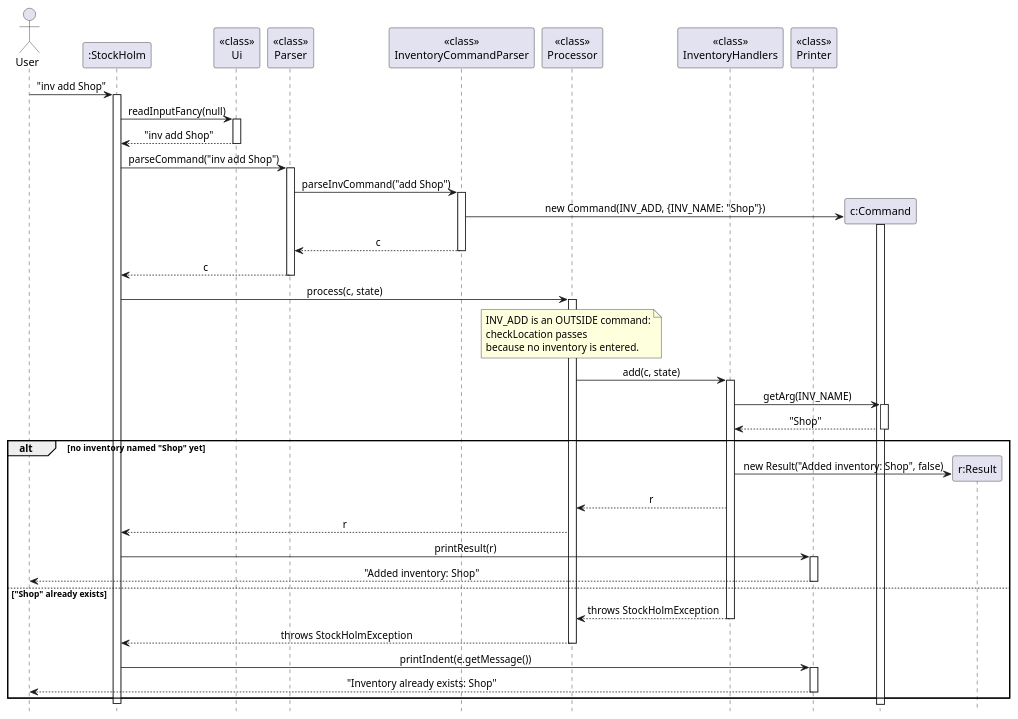
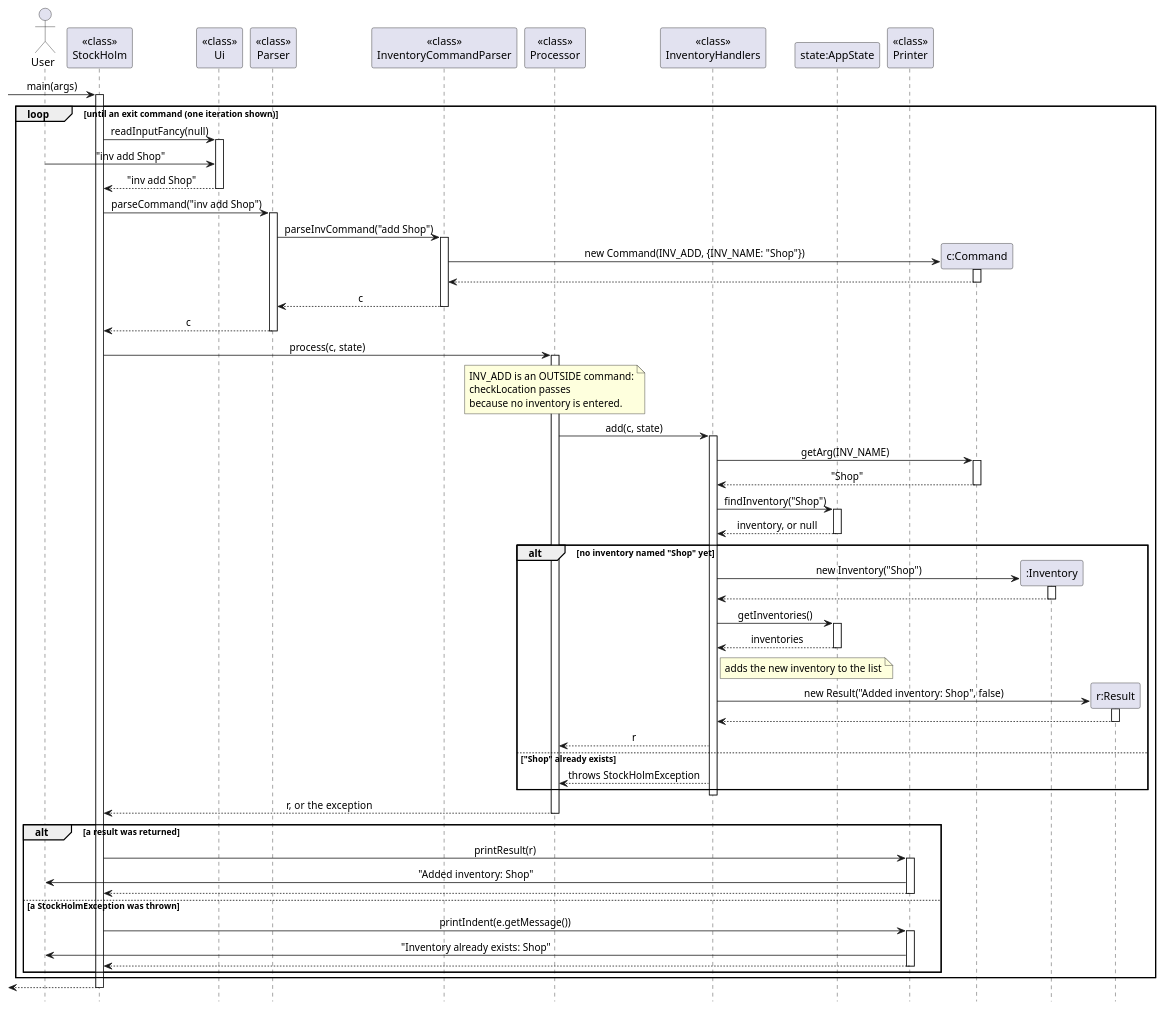
Before and after one commit to AY2627S1-CS2113-W14-4/tp: the diagram in docs/diagrams/InvAddSequence.puml, drawn with PlantUML. The commit also changed 1 other file, not shown here.

Commit message:
Fix activation bars and arrows in inv add sequence diagram

```diff
--- a/docs/diagrams/InvAddSequence.puml
+++ b/docs/diagrams/InvAddSequence.puml
@@ -1,67 +1,96 @@
 @startuml
 hide footbox
 skinparam sequenceMessageAlign center
 
 actor User
-participant ":StockHolm" as Main
+participant "<<class>>\nStockHolm" as Main
 participant "<<class>>\nUi" as Ui
 participant "<<class>>\nParser" as Parser
 participant "<<class>>\nInventoryCommandParser" as InvParser
 participant "<<class>>\nProcessor" as Processor
 participant "<<class>>\nInventoryHandlers" as Handlers
+participant "state:AppState" as State
 participant "<<class>>\nPrinter" as Printer
 
-User -> Main : "inv add Shop"
+[-> Main : main(args)
 activate Main
-Main -> Ui : readInputFancy(null)
-activate Ui
-Ui --> Main : "inv add Shop"
-deactivate Ui
+loop until an exit command (one iteration shown)
+    Main -> Ui : readInputFancy(null)
+    activate Ui
+    User -> Ui : "inv add Shop"
+    Ui --> Main : "inv add Shop"
+    deactivate Ui
 
-Main -> Parser : parseCommand("inv add Shop")
-activate Parser
-Parser -> InvParser : parseInvCommand("add Shop")
-activate InvParser
-create participant "c:Command" as Cmd
-InvParser -> Cmd : new Command(INV_ADD, {INV_NAME: "Shop"})
-activate Cmd
-deactivate Cmd
-InvParser --> Parser : c
-deactivate InvParser
-Parser --> Main : c
-deactivate Parser
+    Main -> Parser : parseCommand("inv add Shop")
+    activate Parser
+    Parser -> InvParser : parseInvCommand("add Shop")
+    activate InvParser
+    create participant "c:Command" as Cmd
+    InvParser -> Cmd : new Command(INV_ADD, {INV_NAME: "Shop"})
+    activate Cmd
+    Cmd --> InvParser
+    deactivate Cmd
+    InvParser --> Parser : c
+    deactivate InvParser
+    Parser --> Main : c
+    deactivate Parser
 
-Main -> Processor : process(c, state)
-activate Processor
-note over Processor
-    INV_ADD is an OUTSIDE command:
-    checkLocation passes
-    because no inventory is entered.
-end note
-Processor -> Handlers : add(c, state)
-activate Handlers
-Handlers -> Cmd : getArg(INV_NAME)
-activate Cmd
-Cmd --> Handlers : "Shop"
-deactivate Cmd
-alt no inventory named "Shop" yet
-    create participant "r:Result" as Res
-    Handlers -> Res : new Result("Added inventory: Shop", false)
-    Handlers --> Processor : r
-    Processor --> Main : r
-    Main -> Printer : printResult(r)
-    activate Printer
-    Printer --> User : "Added inventory: Shop"
-    deactivate Printer
-else "Shop" already exists
-    Handlers --> Processor : throws StockHolmException
+    Main -> Processor : process(c, state)
+    activate Processor
+    note over Processor
+        INV_ADD is an OUTSIDE command:
+        checkLocation passes
+        because no inventory is entered.
+    end note
+    Processor -> Handlers : add(c, state)
+    activate Handlers
+    Handlers -> Cmd : getArg(INV_NAME)
+    activate Cmd
+    Cmd --> Handlers : "Shop"
+    deactivate Cmd
+    Handlers -> State : findInventory("Shop")
+    activate State
+    State --> Handlers : inventory, or null
+    deactivate State
+
+    alt no inventory named "Shop" yet
+        create participant ":Inventory" as Inv
+        Handlers -> Inv : new Inventory("Shop")
+        activate Inv
+        Inv --> Handlers
+        deactivate Inv
+        Handlers -> State : getInventories()
+        activate State
+        State --> Handlers : inventories
+        deactivate State
+        note right of Handlers : adds the new inventory to the list
+        create participant "r:Result" as Res
+        Handlers -> Res : new Result("Added inventory: Shop", false)
+        activate Res
+        Res --> Handlers
+        deactivate Res
+        Handlers --> Processor : r
+    else "Shop" already exists
+        Handlers --> Processor : throws StockHolmException
+    end
     deactivate Handlers
-    Processor --> Main : throws StockHolmException
+    Processor --> Main : r, or the exception
     deactivate Processor
-    Main -> Printer : printIndent(e.getMessage())
-    activate Printer
-    Printer --> User : "Inventory already exists: Shop"
-    deactivate Printer
+
+    alt a result was returned
+        Main -> Printer : printResult(r)
+        activate Printer
+        Printer -> User : "Added inventory: Shop"
+        Printer --> Main
+        deactivate Printer
+    else a StockHolmException was thrown
+        Main -> Printer : printIndent(e.getMessage())
+        activate Printer
+        Printer -> User : "Inventory already exists: Shop"
+        Printer --> Main
+        deactivate Printer
+    end
 end
+[<-- Main
 deactivate Main
 @enduml
```
